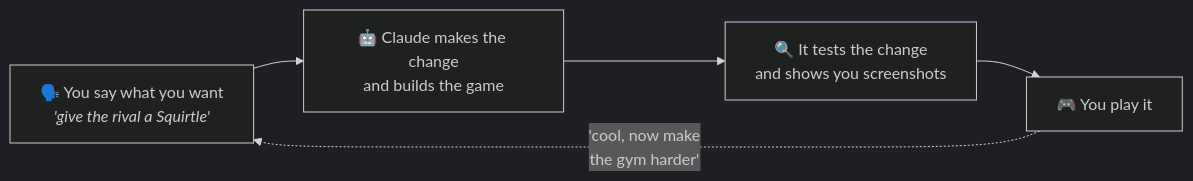
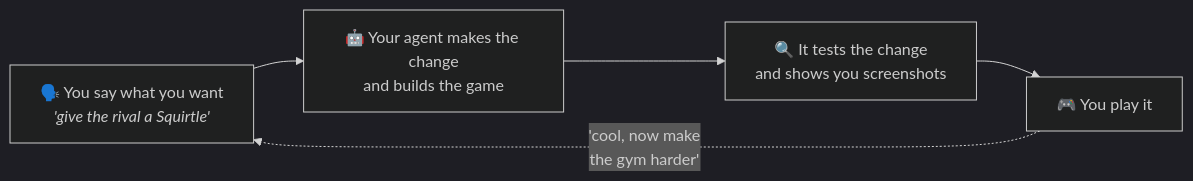
Before and after one commit to scotbearss/poryrom: the diagram in README.md, drawn with Mermaid (dark theme). The commit also changed other lines of this file and 1 other file, not shown here.

First line of the commit message:
docs: de-Claude-ify README and CLAUDE.md language

````diff
--- a/README.md
+++ b/README.md
@@ -19,10 +20,10 @@
 ```mermaid
 flowchart LR
     you["🗣️ You say what you want<br/><i>'give the rival a Squirtle'</i>"]
-    claude["🤖 Claude makes the change<br/>and builds the game"]
+    agent["🤖 Your agent makes the change<br/>and builds the game"]
     prove["🔍 It tests the change<br/>and shows you screenshots"]
     play["🎮 You play it"]
 
-    you --> claude --> prove --> play
+    you --> agent --> prove --> play
     play -.->|"'cool, now make<br/>the gym harder'"| you
 ```
````
